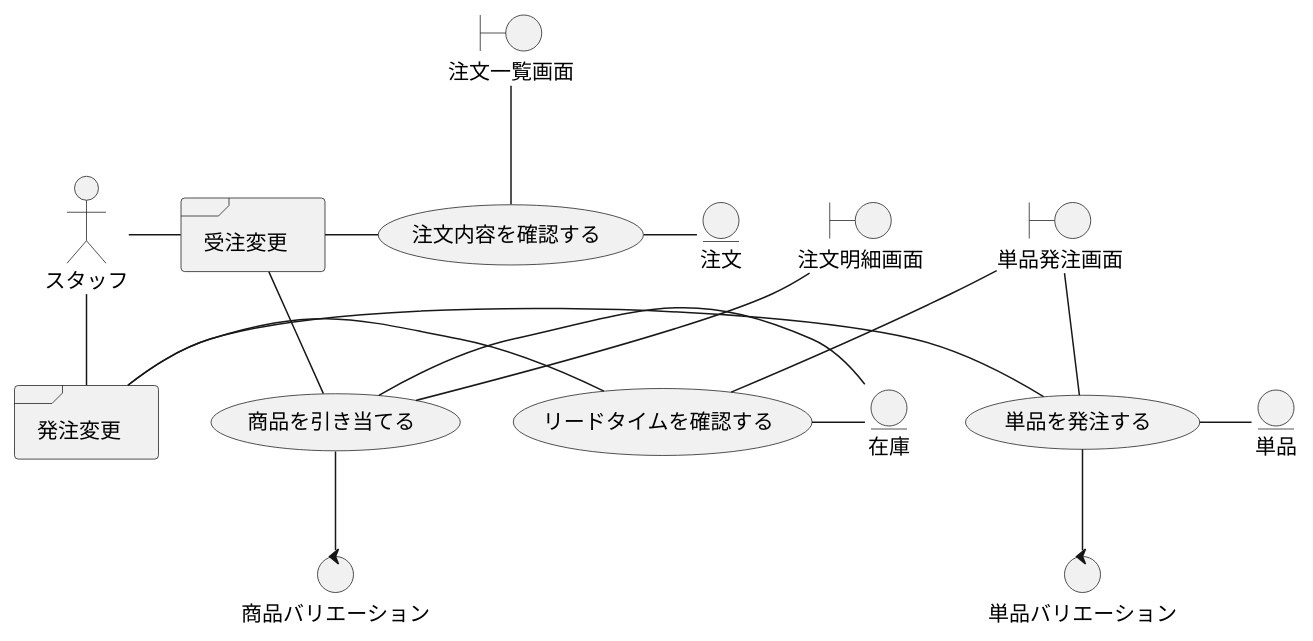
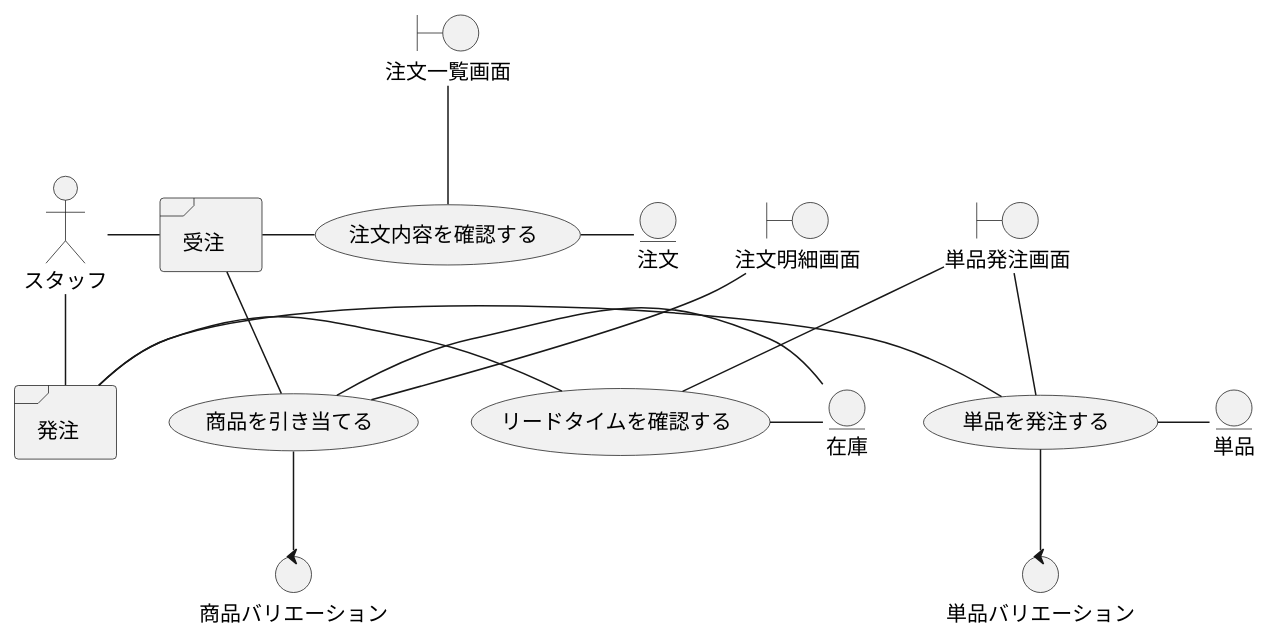
One commit to k2works/application_programing_excercise_2022 changed diagram 26 of 49 in docs/index.adoc. Above: the diagram before and after it, drawn with PlantUML. The commit also changed other lines of this file, not shown here.

```diff
--- a/docs/index.adoc
+++ b/docs/index.adoc
@@ -865,36 +875,36 @@
 [plantuml]
 ----
 @startuml
 actor "スタッフ" as ac_01
-frame "受注変更" as f01
-frame "発注変更" as f02
+frame "受注" as f01
+frame "発注" as f02
 usecase "注文内容を確認する" as UC1
 usecase "商品を引き当てる" as UC2
 usecase "単品を発注する" as UC3
 usecase "リードタイムを確認する" as UC4
 boundary "注文一覧画面" as b01
 boundary "注文明細画面" as b02
 boundary "単品発注画面" as b03
 entity "注文" as e01
 entity "在庫" as e02
 entity "単品" as e03
 control "単品バリエーション" as c01
 control "商品バリエーション" as c02
 
 ac_01 - f01
 ac_01 -- f02
 f01 - UC1
 f01 - UC2
 f02 - UC3
 f02 - UC4
 b01 -- UC1
 b02 -- UC2
 b03 -- UC3
 b03 -- UC4
 UC1 - e01
 UC2 - e02
 UC3 - e03
 UC4 - e02
 UC2 -- c02
 UC3 -- c01
 ----
```
